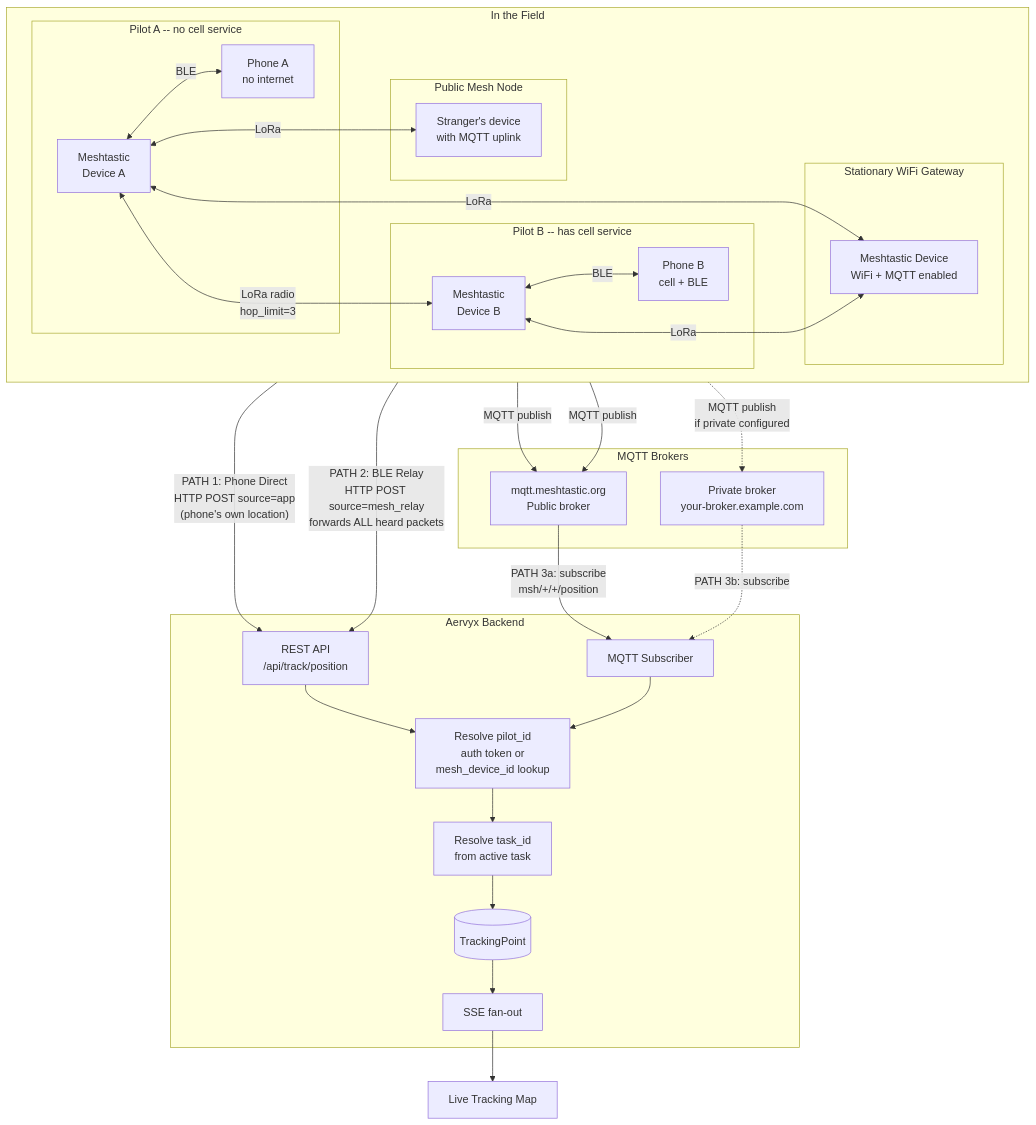
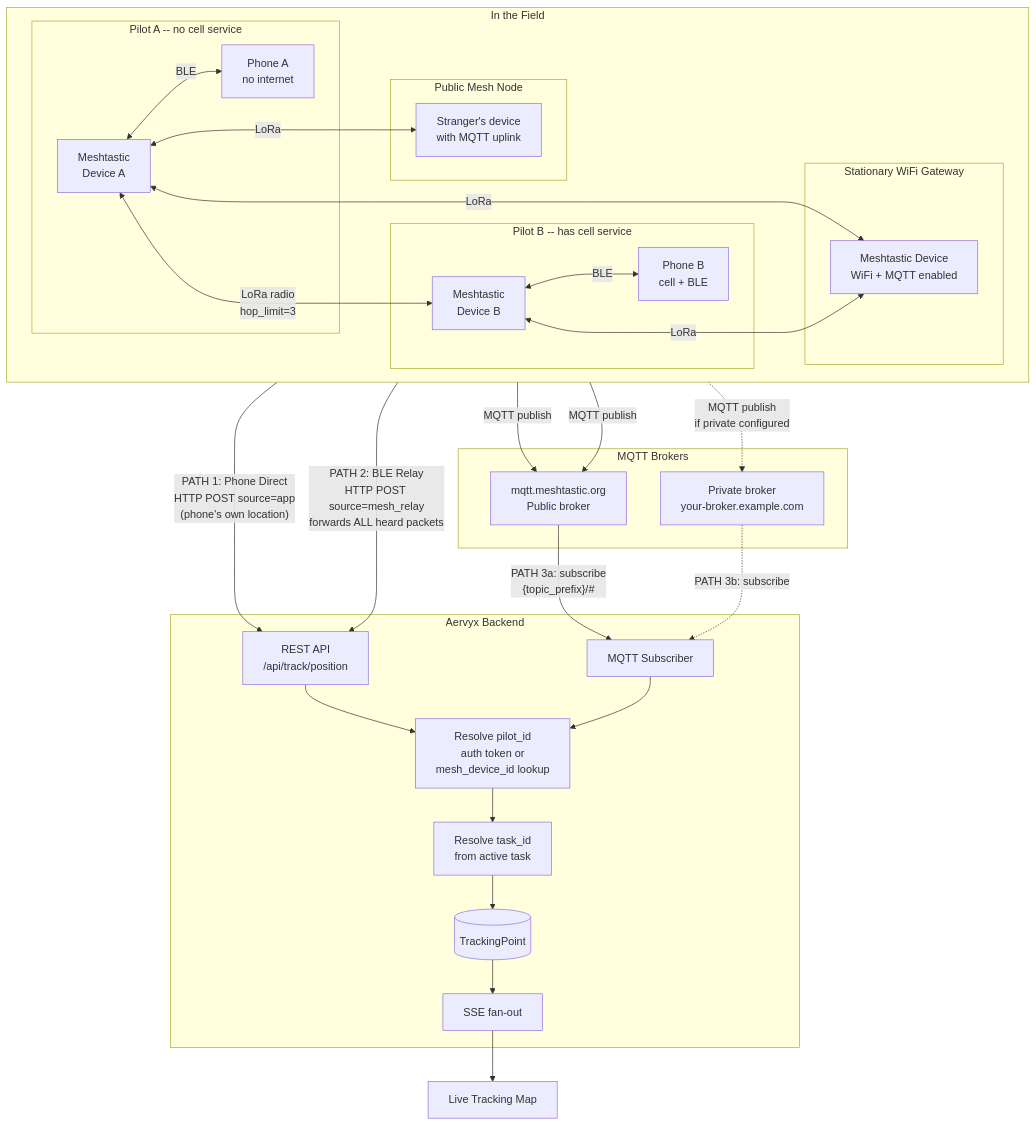
The first of 2 diagrams in docs/meshtastic-data-flow.md (cwallen93117/aervyx), drawn with Mermaid before and after one commit. The commit also changed other lines of this file and 4 other files, not shown here.

````diff
--- a/docs/meshtastic-data-flow.md
+++ b/docs/meshtastic-data-flow.md
@@ -15,59 +15,59 @@
 ```mermaid
 flowchart TB
     subgraph field["In the Field"]
         direction LR
 
         subgraph pilotA["Pilot A -- no cell service"]
             A_DEV["Meshtastic\nDevice A"]
             A_PH["Phone A\nno internet"]
         end
 
         subgraph pilotB["Pilot B -- has cell service"]
             B_DEV["Meshtastic\nDevice B"]
             B_PH["Phone B\ncell + BLE"]
         end
 
         subgraph gw["Stationary WiFi Gateway"]
             GW_DEV["Meshtastic Device\nWiFi + MQTT enabled"]
         end
 
         subgraph wild["Public Mesh Node"]
             W_DEV["Stranger's device\nwith MQTT uplink"]
         end
     end
 
     A_DEV <--->|"LoRa radio\nhop_limit=3"| B_DEV
     A_DEV <--->|"LoRa"| GW_DEV
     A_DEV <--->|"LoRa"| W_DEV
     B_DEV <--->|"LoRa"| GW_DEV
 
     A_DEV <-->|"BLE"| A_PH
     B_DEV <-->|"BLE"| B_PH
 
     B_PH -->|"PATH 1: Phone Direct\nHTTP POST source=app\n(phone's own location)"| API
     B_PH -->|"PATH 2: BLE Relay\nHTTP POST source=mesh_relay\nforwards ALL heard packets"| API
 
     GW_DEV -->|"MQTT publish"| PUB
     W_DEV  -->|"MQTT publish"| PUB
     GW_DEV -.->|"MQTT publish\nif private configured"| PRIV
 
     subgraph brokers["MQTT Brokers"]
         PUB["mqtt.meshtastic.org\nPublic broker"]
         PRIV["Private broker\nyour-broker.example.com"]
     end
 
     subgraph aervyx["Aervyx Backend"]
         API["REST API\n/api/track/position"]
         MSUB["MQTT Subscriber"]
         API  --> RES["Resolve pilot_id\nauth token or\nmesh_device_id lookup"]
         MSUB --> RES
         RES  --> TASK["Resolve task_id\nfrom active task"]
         TASK --> DB[("TrackingPoint")]
         DB   --> SSE["SSE fan-out"]
     end
 
-    PUB  -->|"PATH 3a: subscribe\nmsh/+/+/position"| MSUB
+    PUB  -->|"PATH 3a: subscribe\n{topic_prefix}/#"| MSUB
     PRIV -.->|"PATH 3b: subscribe"| MSUB
 
     SSE --> MAP["Live Tracking Map"]
 ```
````
